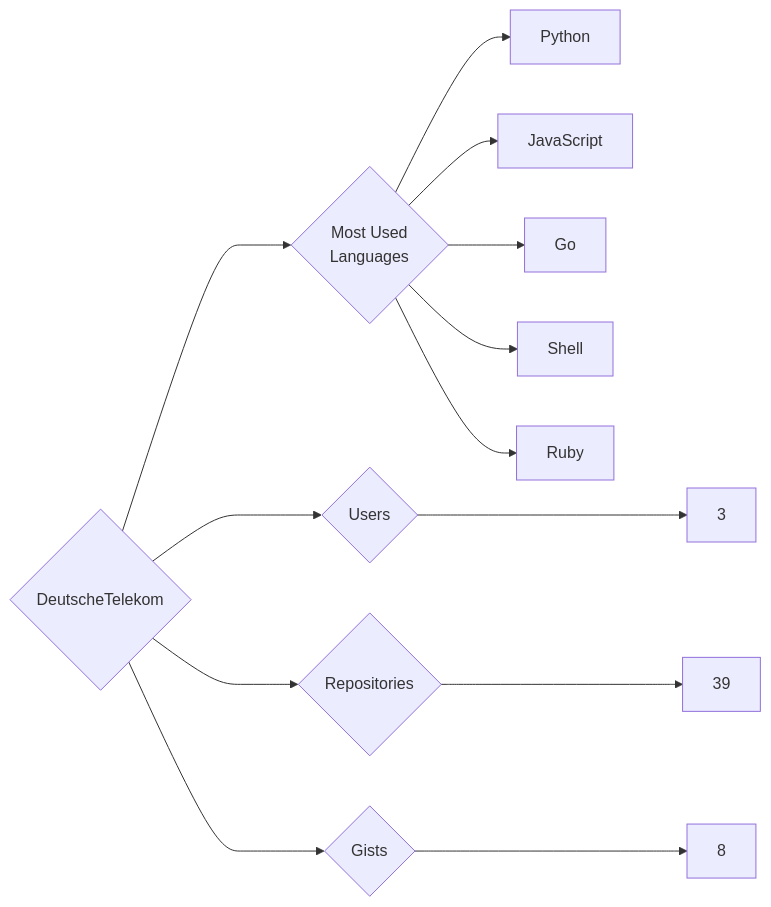
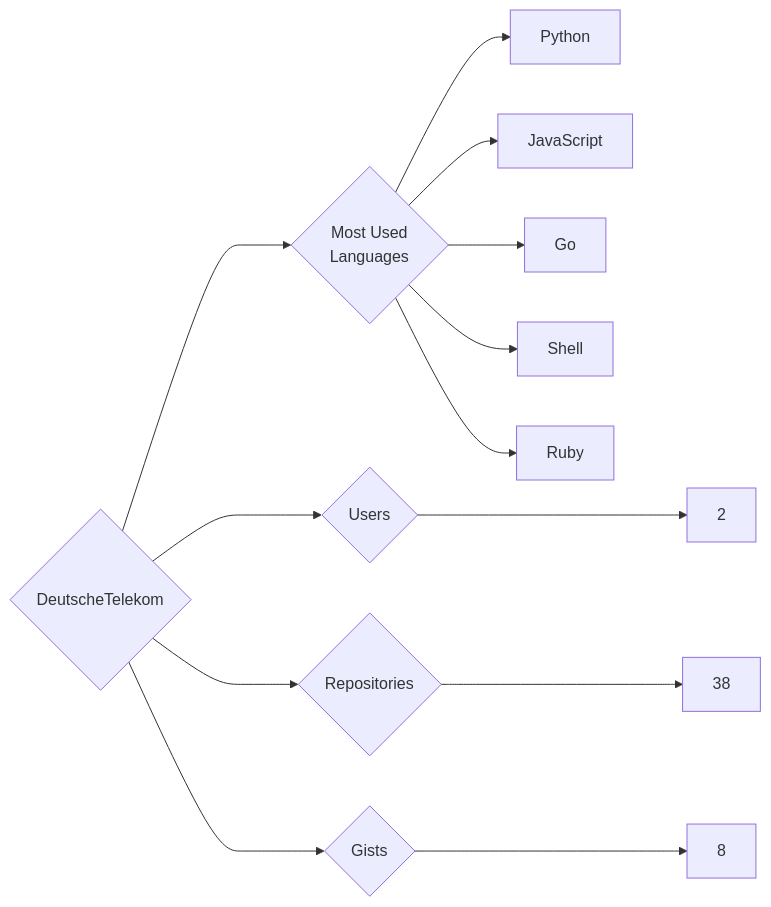
The diagram in targets/DeutscheTelekom/README.md (trickest/insiders), drawn with Mermaid before and after one commit. The commit also changed 933 other files, not shown here.

````diff
--- a/targets/DeutscheTelekom/README.md
+++ b/targets/DeutscheTelekom/README.md
@@ -3,13 +3,13 @@
 ```mermaid
 graph LR
 COMPANY_NAME{DeutscheTelekom}
-COMPANY_NAME ---> U{Users} ---> UN[3]
-COMPANY_NAME ---> R{Repositories} ---> RN[39]
+COMPANY_NAME ---> U{Users} ---> UN[2]
+COMPANY_NAME ---> R{Repositories} ---> RN[38]
 COMPANY_NAME ---> G{Gists} ---> GN[8]
 COMPANY_NAME ---> ML{Most Used<br>Languages}
 ML --> Python[Python]
 ML --> JavaScript[JavaScript]
 ML --> Go[Go]
 ML --> Shell[Shell]
 ML --> Ruby[Ruby]
 ```
````
